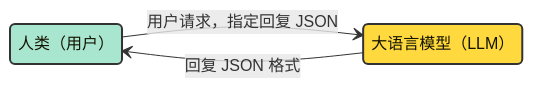
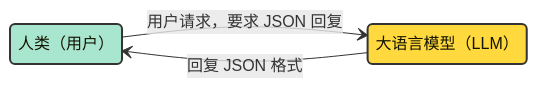
Before and after one commit to techunder/posts: the fifth of 6 diagrams in content/docs/ai-agent-intro/1-llm.md, drawn with Mermaid. The commit also changed other lines of this file and 2 other files, not shown here.

````diff
--- a/content/docs/ai-agent-intro/1-llm.md
+++ b/content/docs/ai-agent-intro/1-llm.md
@@ -303,13 +322,13 @@
 ```mermaid
 stateDiagram-v2
     direction LR
     
     human: 人类（用户）
     LLM: 大语言模型（LLM）
 
-    human --> LLM: 用户请求，指定回复 JSON
+    human --> LLM: 用户请求，要求 JSON 回复
     LLM --> human: 回复 JSON 格式
 
     style human fill:#a8e6cf,stroke:#333,stroke-width:2px
     style LLM fill:#ffd93d,stroke:#333,stroke-width:2px
 ```
````
